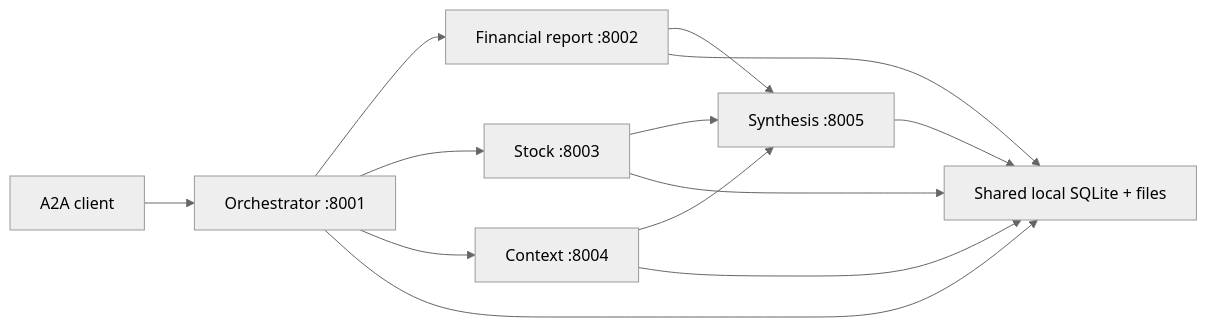
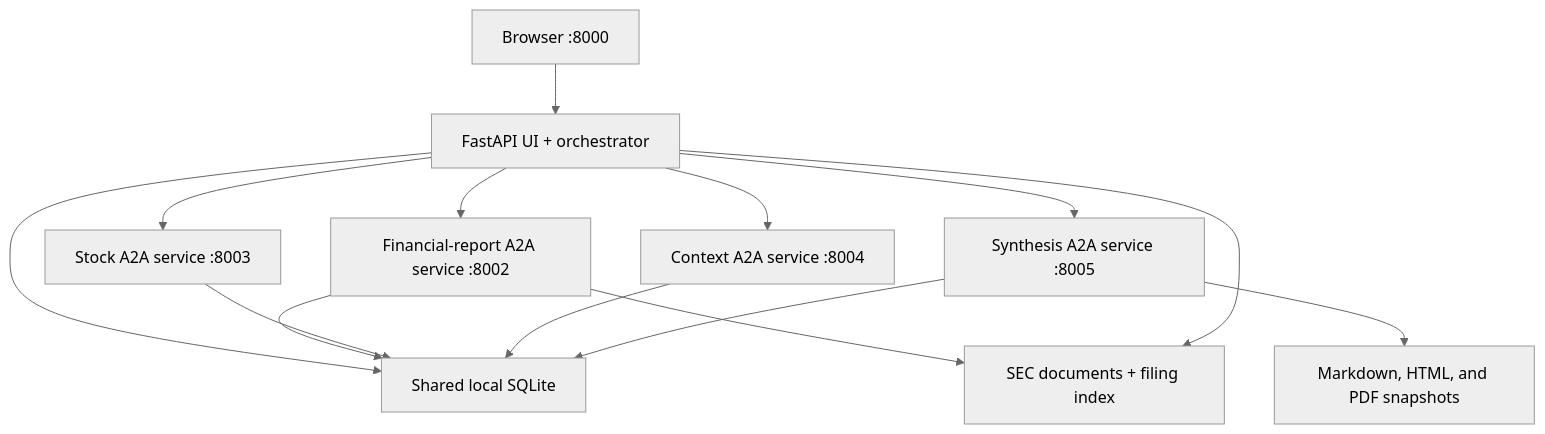
One commit to Ossi-1337/financial-research-agent changed the second of 2 diagrams in docs/architecture.md. Above: the diagram before and after it, drawn with Mermaid (neutral theme). The commit also changed other lines of this file and 32 other files, not shown here.

````diff
--- a/docs/architecture.md
+++ b/docs/architecture.md
@@ -154,15 +42,18 @@
 ```mermaid
-flowchart LR
-    Client["A2A client"] --> O["Orchestrator :8001"]
-    O --> F["Financial report :8002"]
-    O --> S["Stock :8003"]
-    O --> C["Context :8004"]
-    F --> Y["Synthesis :8005"]
-    S --> Y
-    C --> Y
-    O --> DB["Shared local SQLite + files"]
-    F --> DB
-    S --> DB
-    C --> DB
-    Y --> DB
+flowchart TB
+    Browser["Browser :8000"] --> APP["FastAPI UI + orchestrator"]
+    APP --> FIN["Financial-report A2A service :8002"]
+    APP --> STOCK["Stock A2A service :8003"]
+    APP --> CONTEXT["Context A2A service :8004"]
+    APP --> SYNTH["Synthesis A2A service :8005"]
+
+    APP --> DB["Shared local SQLite"]
+    FIN --> DB
+    STOCK --> DB
+    CONTEXT --> DB
+    SYNTH --> DB
+
+    FIN --> FILES["SEC documents + filing index"]
+    APP --> FILES
+    SYNTH --> EXPORTS["Markdown, HTML, and PDF snapshots"]
 ```
````
